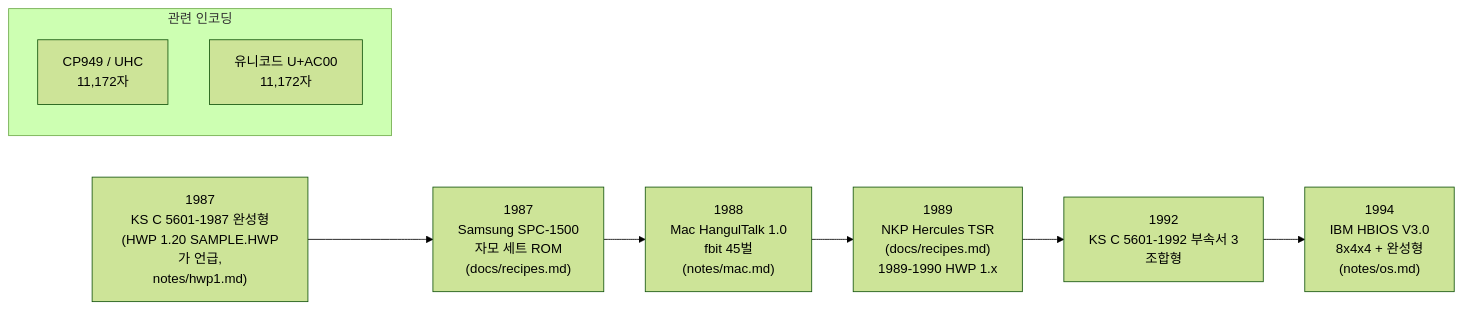
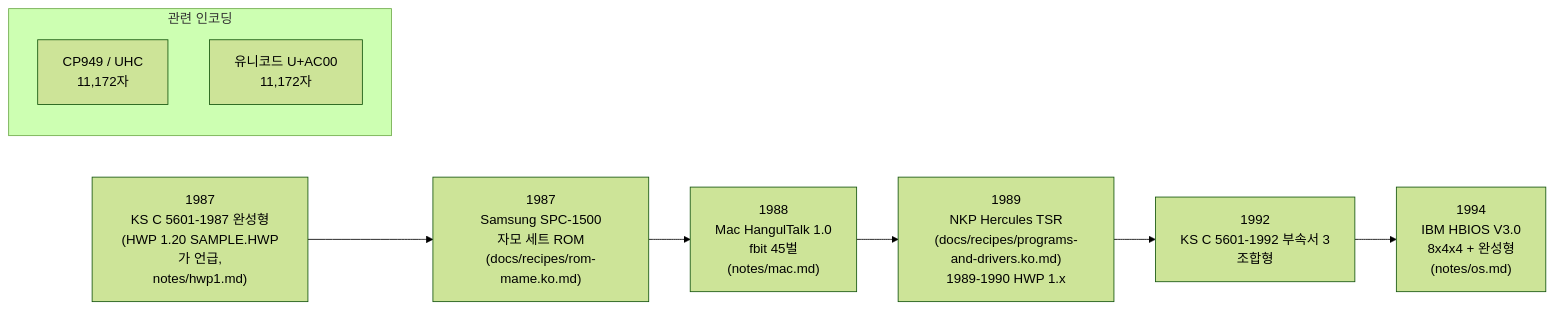
Before and after one commit to TaehyunKimLL/svf-fonts-open: the sixth of 27 diagrams in docs/jamo-sets.ko.md, drawn with Mermaid (forest theme). The commit also changed other lines of this file and 30 other files, not shown here.

````diff
--- a/docs/jamo-sets.ko.md
+++ b/docs/jamo-sets.ko.md
@@ -212,14 +212,14 @@
 ```mermaid
 flowchart LR
   A["1987<br/>KS C 5601-1987 완성형<br/>(HWP 1.20 SAMPLE.HWP가 언급,<br/>notes/hwp1.md)"]
-  B["1987<br/>Samsung SPC-1500<br/>자모 세트 ROM<br/>(docs/recipes.md)"]
+  B["1987<br/>Samsung SPC-1500<br/>자모 세트 ROM<br/>(docs/recipes/rom-mame.ko.md)"]
   C["1988<br/>Mac HangulTalk 1.0<br/>fbit 45벌<br/>(notes/mac.md)"]
-  D["1989<br/>NKP Hercules TSR<br/>(docs/recipes.md)<br/>1989-1990 HWP 1.x"]
+  D["1989<br/>NKP Hercules TSR<br/>(docs/recipes/programs-and-drivers.ko.md)<br/>1989-1990 HWP 1.x"]
   E["1992<br/>KS C 5601-1992 부속서 3<br/>조합형"]
   F["1994<br/>IBM HBIOS V3.0<br/>8x4x4 + 완성형<br/>(notes/os.md)"]
   A --> B --> C --> D --> E --> F
   subgraph N["관련 인코딩"]
     G["CP949 / UHC<br/>11,172자"]
     H["유니코드 U+AC00<br/>11,172자"]
   end
 ```
````
